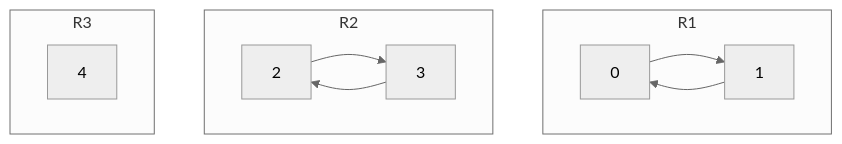
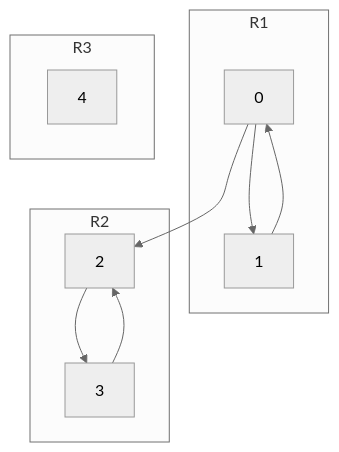
Before and after one commit to alkasher/Fibonacci_Heap: the second of 2 diagrams in README.md, drawn with Mermaid (neutral theme).

````diff
--- a/README.md
+++ b/README.md
@@ -43,14 +43,15 @@
 ```mermaid
 graph TD
 subgraph R1
 A[0] --> B[1]
 B[1] --> A[0]
 end
 subgraph R2
 C[2] --> D[3]
 D[3] --> C[2]
 end
 subgraph R3
 E[4]
 end
+A[0]-->C[2]
 ```
````
